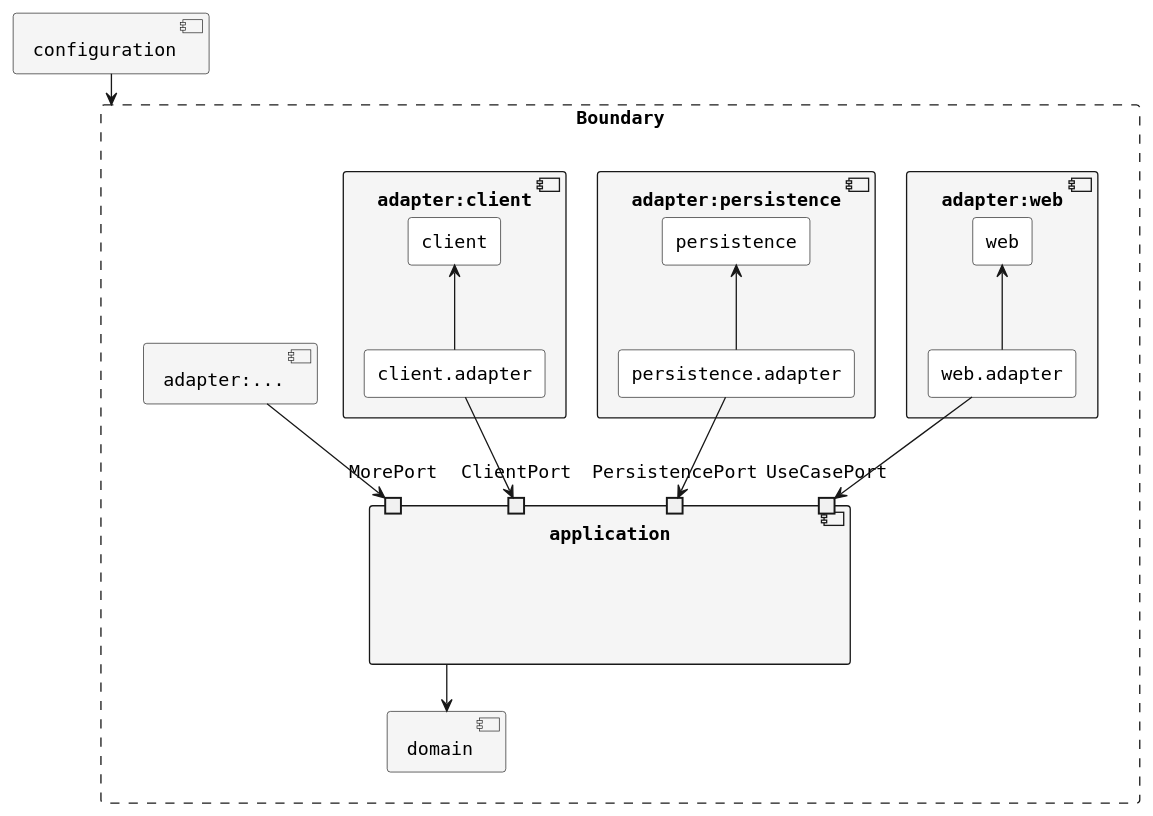
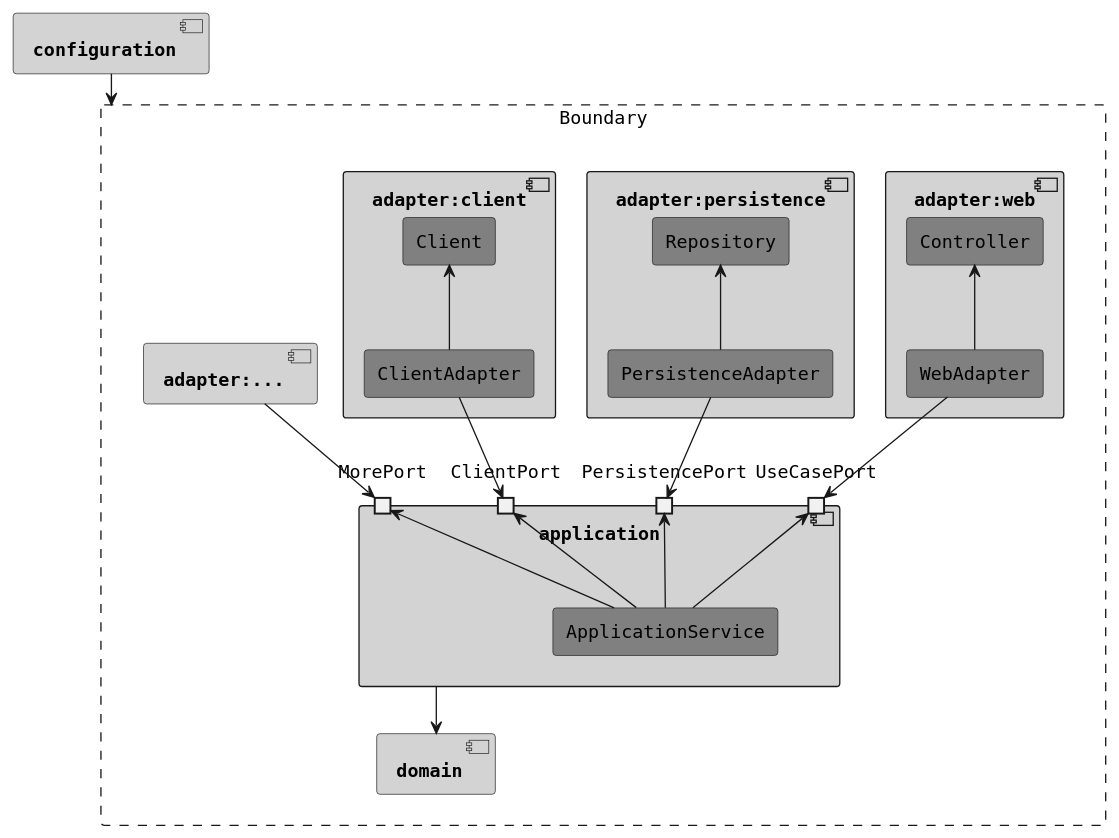
The diagram in README.md (macdao/hands-on-clean-architecture-template), drawn with PlantUML before and after one commit. The commit also changed other lines of this file, not shown here.

Commit message:
chore: update architecture diagram

````diff
--- a/README.md
+++ b/README.md
@@ -85,46 +87,54 @@
 ```plantuml
 @startuml
 skinparam defaultFontName Fira Code, Monospaced
 skinparam RectangleBorderStyle<<Boundary>> dashed
-skinparam RectangleBackgroundColor White
-skinparam ComponentBackgroundColor WhiteSmoke
+skinparam RectangleBackgroundColor<<Boundary>> White
+skinparam RectangleFontStyle<<Boundary>> normal
+skinparam RectangleBackgroundColor Gray
+skinparam ComponentBackgroundColor LightGray
+skinparam ComponentFontStyle bold
 hide <<Boundary>> stereotype
 
 rectangle Boundary <<Boundary>> {
   component application {
     port UseCasePort
     port PersistencePort
     port ClientPort
     port MorePort
+    rectangle ApplicationService
+    UseCasePort <-- ApplicationService
+    PersistencePort <-- ApplicationService
+    ClientPort <-- ApplicationService
+    MorePort <-- ApplicationService
   }
-  [application] --> [domain]
+  application --> [domain]
 
   component adapter:web {
-    rectangle web
-    rectangle web.adapter
-    web <-- web.adapter
+    rectangle Controller
+    rectangle WebAdapter
+    Controller <-- WebAdapter
   }
-  [web.adapter] --> UseCasePort
+  WebAdapter --> UseCasePort
 
   component adapter:persistence {
-    rectangle persistence
-    rectangle persistence.adapter
-    [persistence] <-- [persistence.adapter]
+    rectangle Repository
+    rectangle PersistenceAdapter
+    Repository <-- PersistenceAdapter
   }
-  [persistence.adapter] --> PersistencePort
+  PersistenceAdapter --> PersistencePort
 
   component adapter:client {
-    rectangle client
-    rectangle client.adapter
-    [client] <-- [client.adapter]
+    rectangle Client
+    rectangle ClientAdapter
+    Client <-- ClientAdapter
   }
-  [client.adapter] --> ClientPort
+  ClientAdapter --> ClientPort
 
   [adapter:...] --> MorePort
 }
 
 
 [configuration] --> Boundary
 
 @enduml
 ```
````
